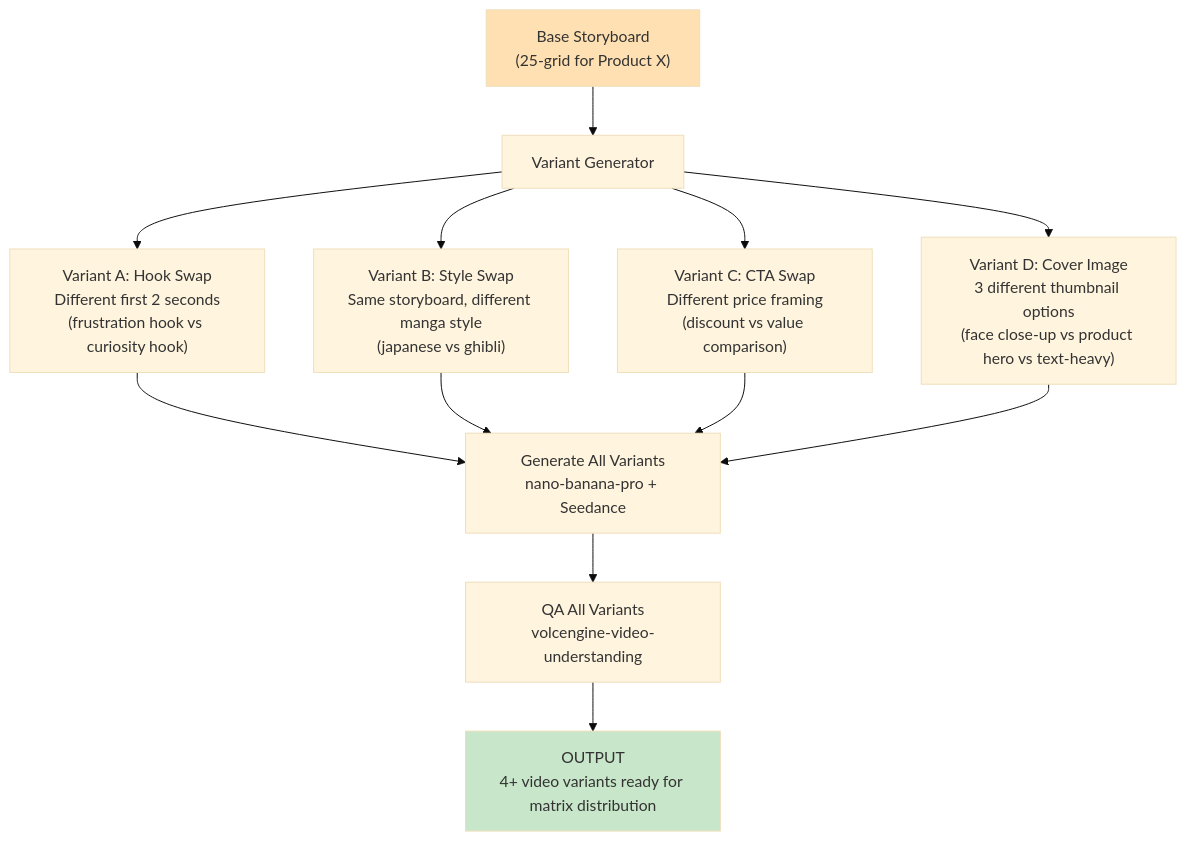
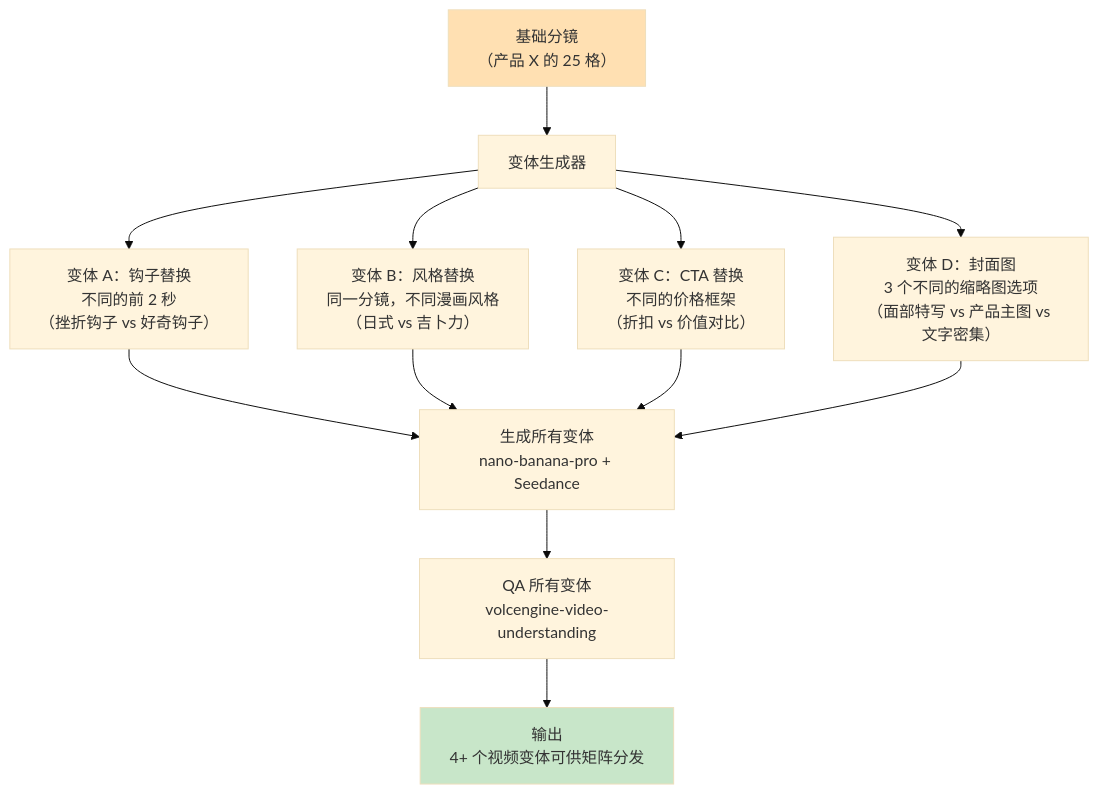
The third of 4 diagrams in plans/PLAN-tiktok-director.md (chan-kinghin/e-commerce-claw), drawn with Mermaid (base theme) before and after one commit. The commit also changed other lines of this file and 55 other files, not shown here.

````diff
--- a/plans/PLAN-tiktok-director.md
+++ b/plans/PLAN-tiktok-director.md
@@ -364,19 +364,19 @@
 ```mermaid
 graph TD
-    A["Base Storyboard<br/>(25-grid for Product X)"] --> B["Variant Generator"]
-    B --> C1["Variant A: Hook Swap<br/>Different first 2 seconds<br/>(frustration hook vs curiosity hook)"]
-    B --> C2["Variant B: Style Swap<br/>Same storyboard, different manga style<br/>(japanese vs ghibli)"]
-    B --> C3["Variant C: CTA Swap<br/>Different price framing<br/>(discount vs value comparison)"]
-    B --> C4["Variant D: Cover Image<br/>3 different thumbnail options<br/>(face close-up vs product hero vs text-heavy)"]
+    A["基础分镜<br/>（产品 X 的 25 格）"] --> B["变体生成器"]
+    B --> C1["变体 A：钩子替换<br/>不同的前 2 秒<br/>（挫折钩子 vs 好奇钩子）"]
+    B --> C2["变体 B：风格替换<br/>同一分镜，不同漫画风格<br/>（日式 vs 吉卜力）"]
+    B --> C3["变体 C：CTA 替换<br/>不同的价格框架<br/>（折扣 vs 价值对比）"]
+    B --> C4["变体 D：封面图<br/>3 个不同的缩略图选项<br/>（面部特写 vs 产品主图 vs 文字密集）"]
 
-    C1 --> D["Generate All Variants<br/>nano-banana-pro + Seedance"]
+    C1 --> D["生成所有变体<br/>nano-banana-pro + Seedance"]
     C2 --> D
     C3 --> D
     C4 --> D
 
-    D --> E["QA All Variants<br/>volcengine-video-understanding"]
-    E --> F["OUTPUT<br/>4+ video variants ready for matrix distribution"]
+    D --> E["QA 所有变体<br/>volcengine-video-understanding"]
+    E --> F["输出<br/>4+ 个视频变体可供矩阵分发"]
 
     style A fill:#FFE0B2
     style F fill:#C8E6C9
 ```
````
